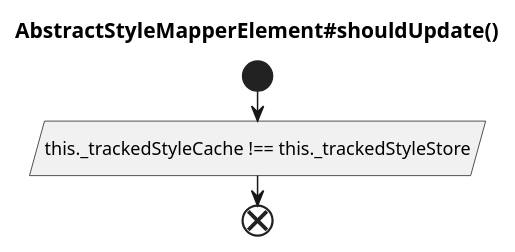
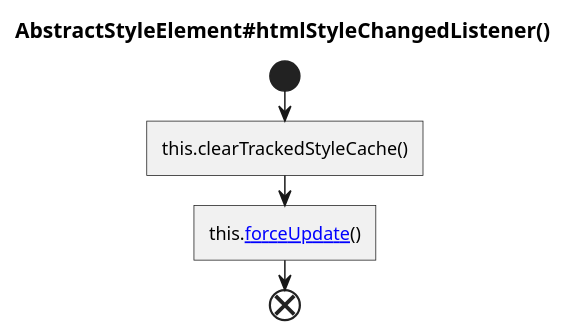
Before and after one commit to hdml-github/hdml-github.github.io: diagram 13 of 19 in puml/renderer.puml, drawn with PlantUML. The commit also changed other lines of this file and 27 other files, not shown here.

```diff
--- a/puml/renderer.puml
+++ b/puml/renderer.puml
@@ -265,7 +353,8 @@
-@startuml AbstractStyleMapperElement_shouldUpdate
-  title AbstractStyleMapperElement#shouldUpdate()
+@startuml AbstractStyleElement_htmlStyleChangedListener
+  title AbstractStyleElement#htmlStyleChangedListener()
 
   start
-    :this._trackedStyleCache !== this._trackedStyleStore/
+    :this.clearTrackedStyleCache()]
+    :this.[[./AbstractChartElement_forceUpdate.svg forceUpdate]]()]
   end
 @enduml
```
